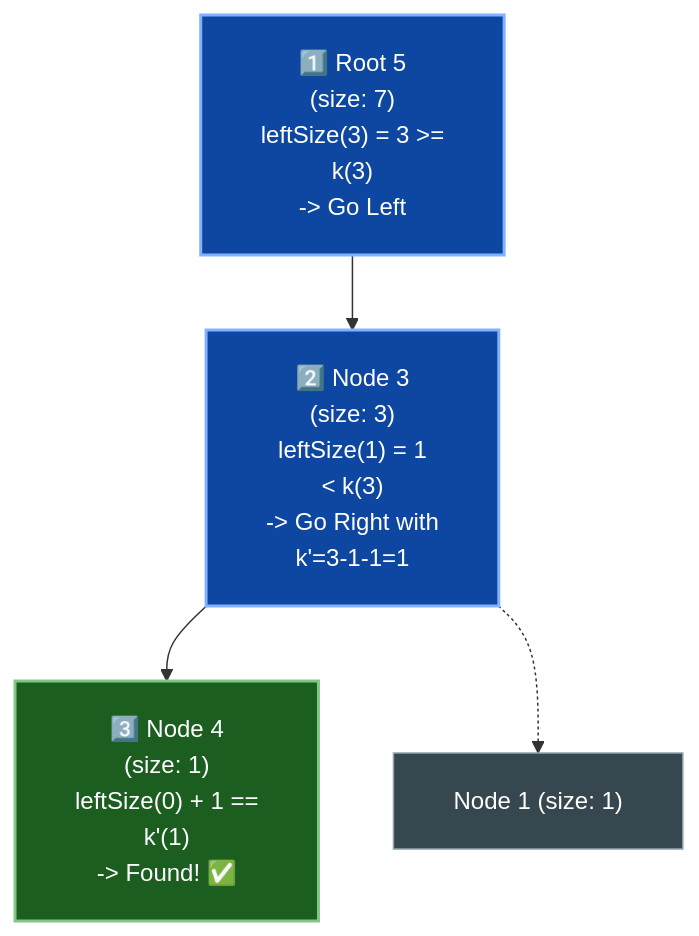
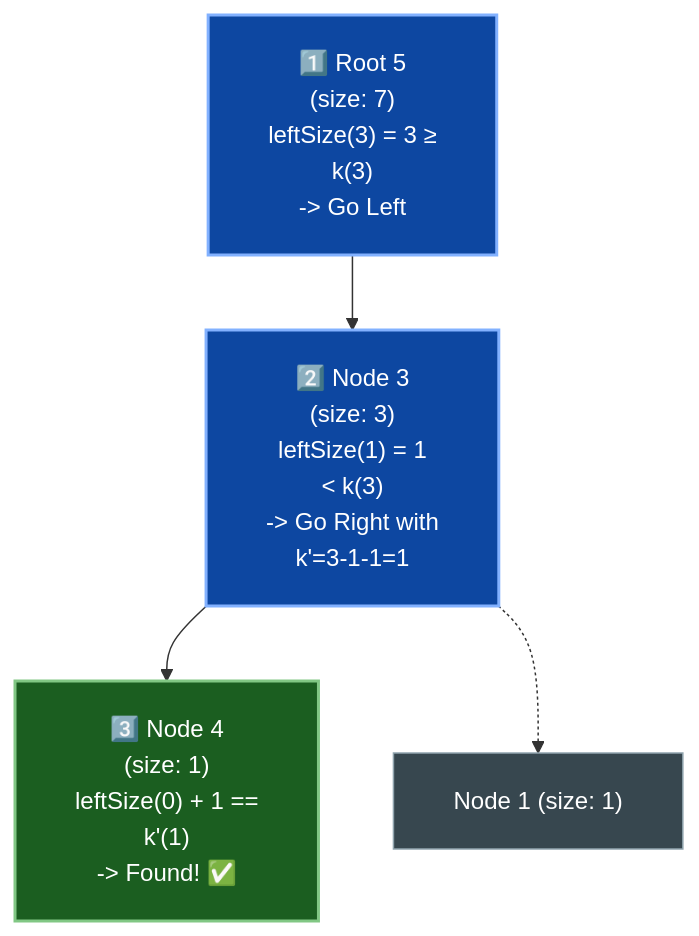
Before and after one commit to dip4k/DSA_102: diagram 21 of 25 in week_07_trees_and_balanced_search_trees/Week_07_Visual_Concepts_Playbook_HYBRID.md, drawn with Mermaid. The commit also changed other lines of this file and 147 other files, not shown here.

First line of the commit message:
feat(curriculum): enrich Weeks 01-19 instructional modules & resolve repository-wide Mermaid cutoff

````diff
--- a/week_07_trees_and_balanced_search_trees/Week_07_Visual_Concepts_Playbook_HYBRID.md
+++ b/week_07_trees_and_balanced_search_trees/Week_07_Visual_Concepts_Playbook_HYBRID.md
@@ -654,11 +654,11 @@
 ```mermaid
 %%{init: {"flowchart": {"htmlLabels": true, "padding": 20}, "themeCSS": "foreignObject { overflow: visible !important; }"}}%%
 flowchart TD
-    Q5["1️⃣ Root 5<br/>(size: 7)<br/>leftSize(3) = 3 >=<br/>k(3)<br/>-> Go Left"]:::stepNode --> Q3["2️⃣ Node 3<br/>(size: 3)<br/>leftSize(1) = 1<br/>&lt; k(3)<br/>-> Go Right with<br/>k'=3-1-1=1"]:::stepNode
-    Q3 --> Q4["3️⃣ Node 4<br/>(size: 1)<br/>leftSize(0) + 1 ==<br/>k'(1)<br/>-> Found! ✅"]:::foundNode
+    Q5["1️⃣ Root 5<br/>(size: 7)<br/>leftSize(3) = 3 &ge;<br/>k(3)<br/>-&gt; Go Left"]:::stepNode --> Q3["2️⃣ Node 3<br/>(size: 3)<br/>leftSize(1) = 1<br/>&lt; k(3)<br/>-&gt; Go Right with<br/>k'=3-1-1=1"]:::stepNode
+    Q3 --> Q4["3️⃣ Node 4<br/>(size: 1)<br/>leftSize(0) + 1 ==<br/>k'(1)<br/>-&gt; Found! ✅"]:::foundNode
     Q3 -.-> Q1["Node 1 (size: 1)"]
 
     classDef stepNode fill:#0d47a1,stroke:#82b1ff,stroke-width:2px,color:#ffffff
     classDef foundNode fill:#1b5e20,stroke:#81c784,stroke-width:2px,color:#ffffff
     classDef default fill:#37474f,stroke:#90a4ae,stroke-width:1px,color:#ffffff
 ```
````
